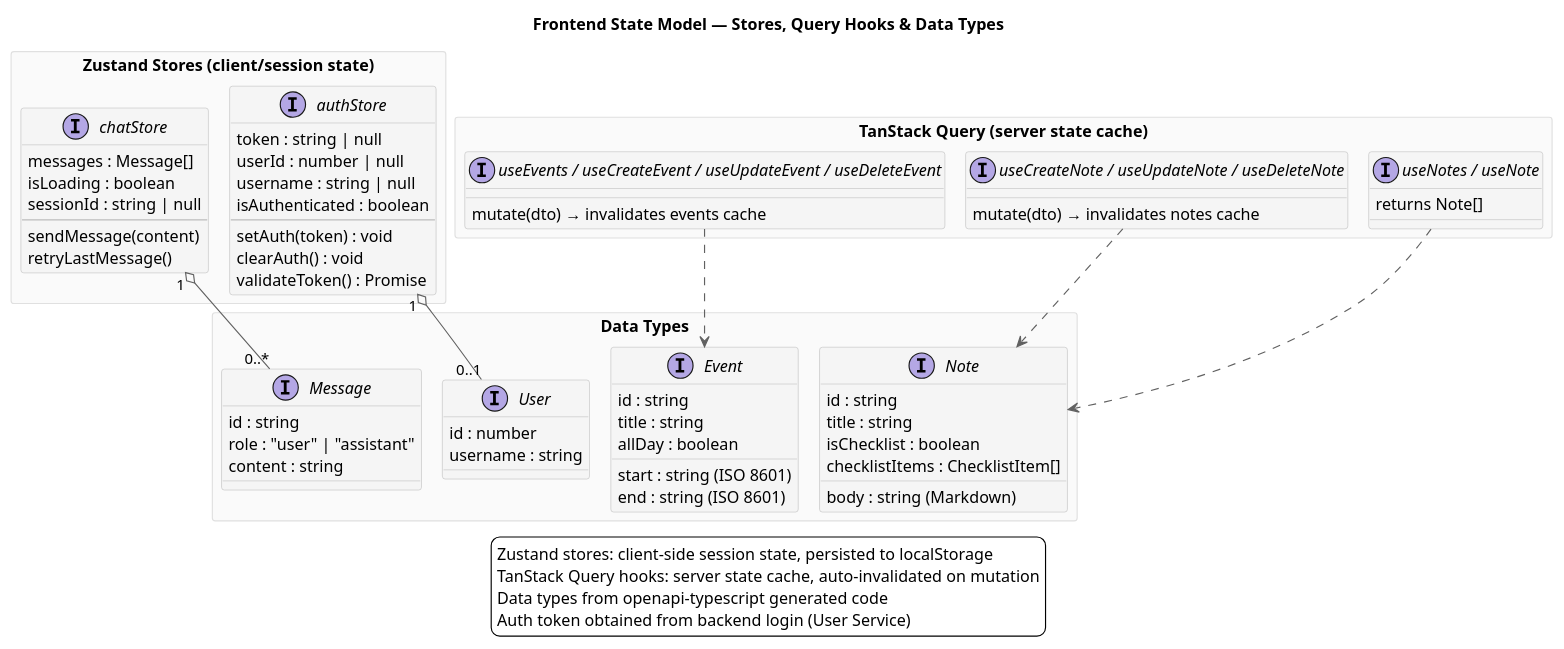
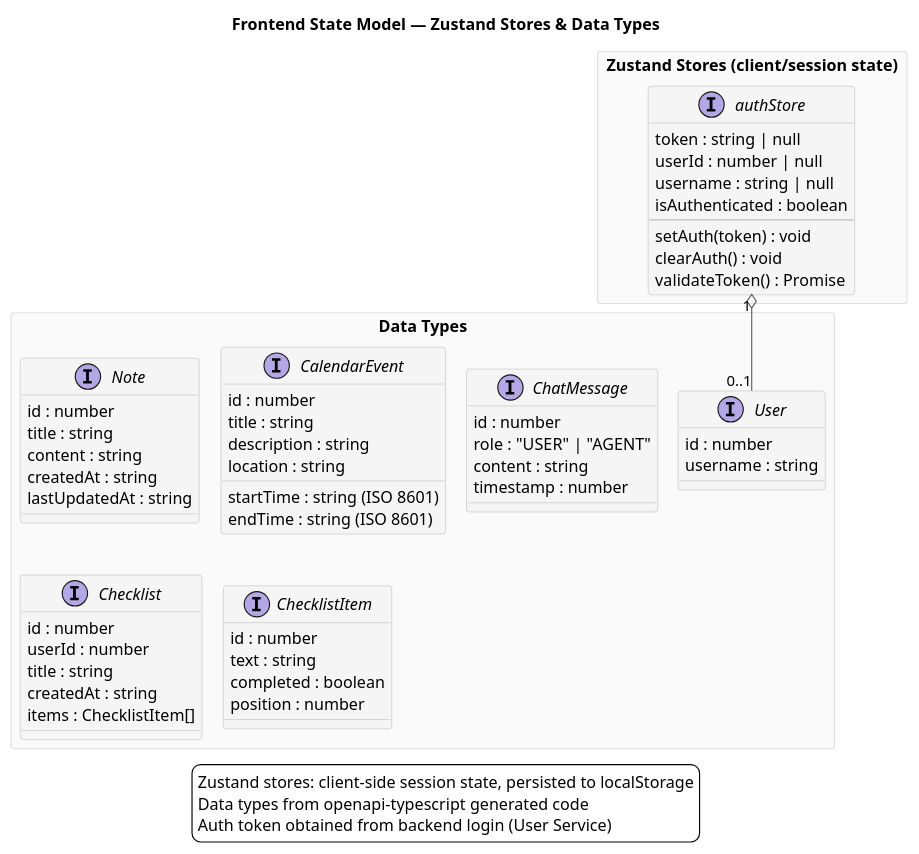
The diagram in docs/frontend/state-model.puml (AET-DevOps26/team-devopss26), drawn with PlantUML before and after one commit. The commit also changed 9 other files, not shown here.

Commit message:
frontend diagram fix/update

```diff
--- a/docs/frontend/state-model.puml
+++ b/docs/frontend/state-model.puml
@@ -1,96 +1,87 @@
 @startuml
 !pragma layout smetana
 skinparam shadowing false
 skinparam nodesep 30
 skinparam ranksep 40
 
 skinparam backgroundColor #FFFFFF
 skinparam defaultTextAlignment left
 
 skinparam classBackgroundColor #F5F5F5
 skinparam classBorderColor #BDBDBD
 skinparam interfaceBackgroundColor #E3F2FD
 skinparam interfaceBorderColor #1565C0
 skinparam packageBackgroundColor #FAFAFA
 skinparam packageBorderColor #E0E0E0
 skinparam arrowColor #616161
 
-title Frontend State Model — Stores, Query Hooks & Data Types
+title Frontend State Model — Zustand Stores & Data Types
 
 rectangle "Zustand Stores (client/session state)" as STORES {
   interface "authStore" {
     token : string | null
     userId : number | null
     username : string | null
     isAuthenticated : boolean
     --
     setAuth(token) : void
     clearAuth() : void
     validateToken() : Promise
   }
-
-  interface "chatStore" {
-    messages : Message[]
-    isLoading : boolean
-    sessionId : string | null
-    --
-    sendMessage(content)
-    retryLastMessage()
-  }
-}
-
-rectangle "TanStack Query (server state cache)" as TQ {
-  interface "useNotes / useNote" {
-    returns Note[]
-  }
-  interface "useCreateNote / useUpdateNote / useDeleteNote" {
-    mutate(dto) → invalidates notes cache
-  }
-  interface "useEvents / useCreateEvent / useUpdateEvent / useDeleteEvent" {
-    mutate(dto) → invalidates events cache
-  }
 }
 
 rectangle "Data Types" as TYPES {
   interface "User" {
     id : number
     username : string
   }
 
   interface "Note" {
-    id : string
+    id : number
     title : string
-    body : string (Markdown)
-    isChecklist : boolean
-    checklistItems : ChecklistItem[]
+    content : string
+    createdAt : string
+    lastUpdatedAt : string
   }
 
-  interface "Event" {
-    id : string
+  interface "CalendarEvent" {
+    id : number
     title : string
-    start : string (ISO 8601)
-    end : string (ISO 8601)
-    allDay : boolean
+    description : string
+    startTime : string (ISO 8601)
+    endTime : string (ISO 8601)
+    location : string
   }
 
-  interface "Message" {
-    id : string
-    role : "user" | "assistant"
+  interface "ChatMessage" {
+    id : number
+    role : "USER" | "AGENT"
     content : string
+    timestamp : number
+  }
+
+  interface "Checklist" {
+    id : number
+    userId : number
+    title : string
+    createdAt : string
+    items : ChecklistItem[]
+  }
+
+  interface "ChecklistItem" {
+    id : number
+    text : string
+    completed : boolean
+    position : number
   }
 }
 
 "authStore" "1" o-- "0..1" "User"
-"chatStore" "1" o-- "0..*" "Message"
-"useNotes / useNote" ..> "Note"
-"useCreateNote / useUpdateNote / useDeleteNote" ..> "Note"
-"useEvents / useCreateEvent / useUpdateEvent / useDeleteEvent" ..> "Event"
 
 legend bottom
   Zustand stores: client-side session state, persisted to localStorage
-  TanStack Query hooks: server state cache, auto-invalidated on mutation
   Data types from openapi-typescript generated code
   Auth token obtained from backend login (User Service)
 endlegend
 
 @enduml
```
